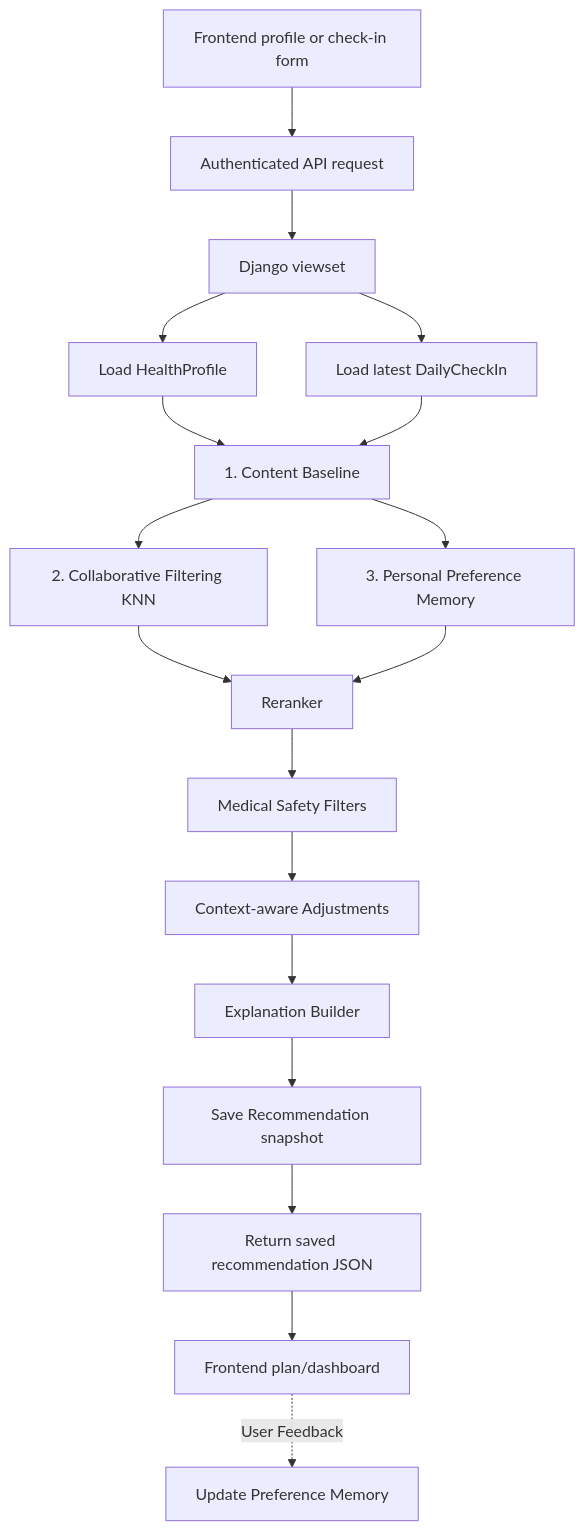
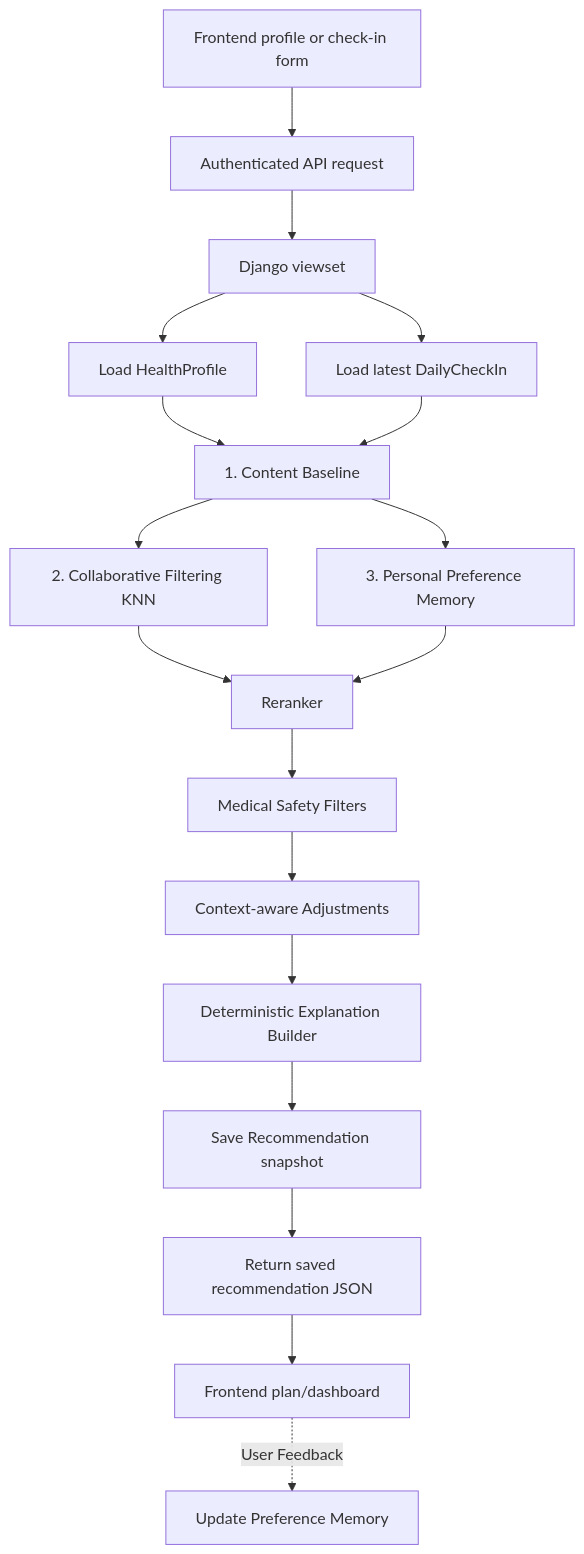
One commit to KaushalJainAI/FitGenius changed the diagram in docs/architecture.md. Above: the diagram before and after it, drawn with Mermaid. The commit also changed other lines of this file and 7 other files, not shown here.

````diff
--- a/docs/architecture.md
+++ b/docs/architecture.md
@@ -84,20 +84,20 @@
 ```mermaid
 graph TD
     A[Frontend profile or check-in form] --> B[Authenticated API request]
     B --> C[Django viewset]
     C --> D[Load HealthProfile]
     C --> E[Load latest DailyCheckIn]
     D --> F[1. Content Baseline]
     E --> F
     F --> G[2. Collaborative Filtering KNN]
     F --> H[3. Personal Preference Memory]
     G --> I[Reranker]
     H --> I
     I --> J[Medical Safety Filters]
     J --> K[Context-aware Adjustments]
-    K --> L[Explanation Builder]
+    K --> L[Deterministic Explanation Builder]
     L --> M[Save Recommendation snapshot]
     M --> N[Return saved recommendation JSON]
     N --> O[Frontend plan/dashboard]
     O -.->|User Feedback| P[Update Preference Memory]
 ```
````
